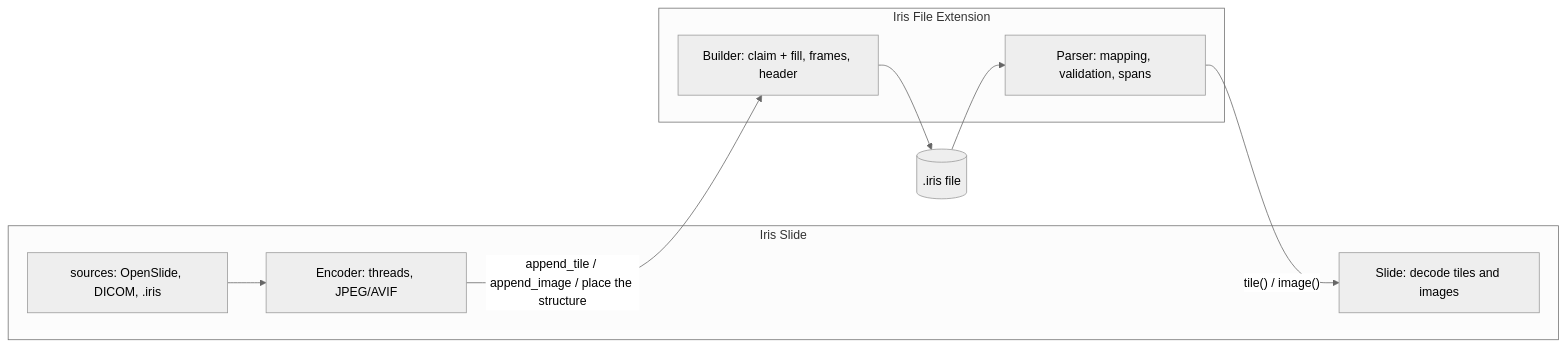
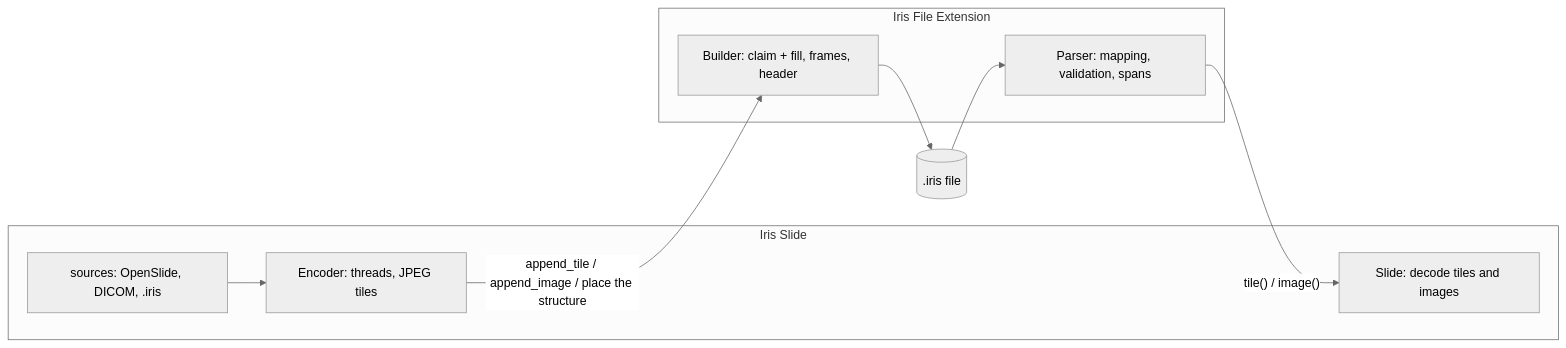
Before and after one commit to Aptix-Bio/Iris-Slide: the diagram in README.md, drawn with Mermaid (neutral theme). The commit also changed other lines of this file and 14 other files, not shown here.

````diff
--- a/README.md
+++ b/README.md
@@ -45,14 +45,14 @@
 ```mermaid
 flowchart LR
     subgraph codec["Iris Slide"]
-        src["sources: OpenSlide, DICOM, .iris"] --> enc["Encoder: threads, JPEG/AVIF"]
+        src["sources: OpenSlide, DICOM, .iris"] --> enc["Encoder: threads, JPEG tiles"]
         slide["Slide: decode tiles and images"]
     end
     subgraph ife["Iris File Extension"]
         builder["Builder: claim + fill, frames, header"]
         parser["Parser: mapping, validation, spans"]
     end
     enc -- "append_tile / append_image / place the structure" --> builder
     builder --> file[(".iris file")]
     file --> parser -- "tile() / image()" --> slide
 ```
````
